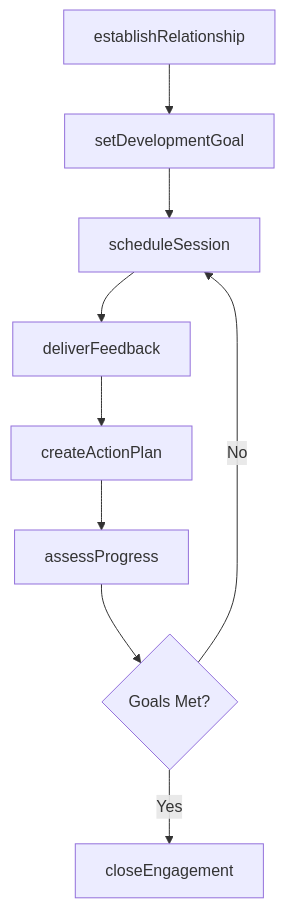
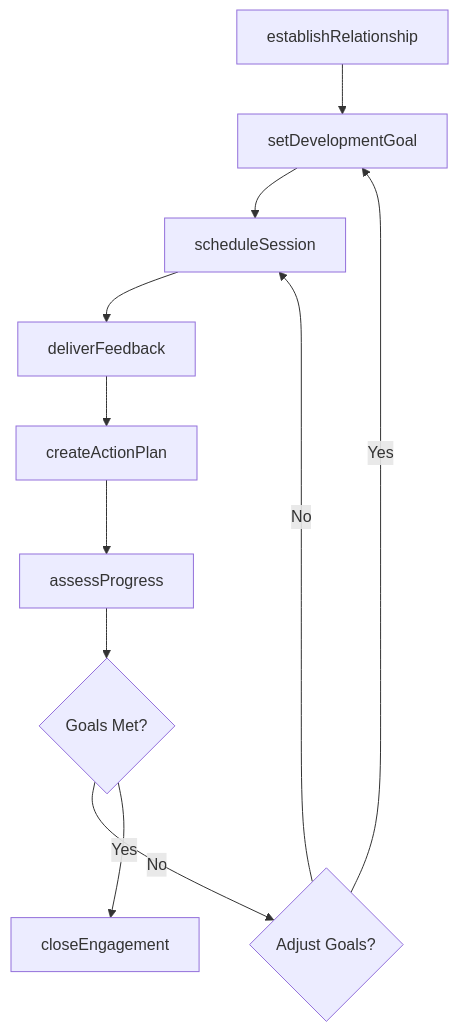
One commit to dot-org-ai/tasks.org.ai changed the third of 4 diagrams in CoachingAndDevelopingOthers/CoachOthers/CoachOthers.mdx. Above: the diagram before and after it, drawn with Mermaid. The commit also changed other lines of this file and 504 other files, not shown here.

First line of the commit message:
feat: Add ER diagrams, state diagrams, and workflow improvements to 96 DWA task files

````diff
--- a/CoachingAndDevelopingOthers/CoachOthers/CoachOthers.mdx
+++ b/CoachingAndDevelopingOthers/CoachOthers/CoachOthers.mdx
@@ -87,11 +114,13 @@
 ```mermaid
 graph TD
     A[establishRelationship] --> B[setDevelopmentGoal]
     B --> C[scheduleSession]
     C --> D[deliverFeedback]
     D --> E[createActionPlan]
     E --> F[assessProgress]
     F --> G{Goals Met?}
-    G -->|No| C
-    G -->|Yes| H[closeEngagement]
+    G -->|No| H{Adjust Goals?}
+    H -->|Yes| B
+    H -->|No| C
+    G -->|Yes| I[closeEngagement]
 ```
````
